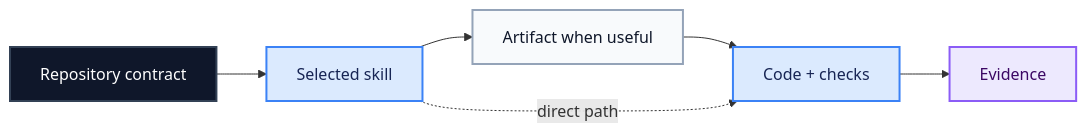
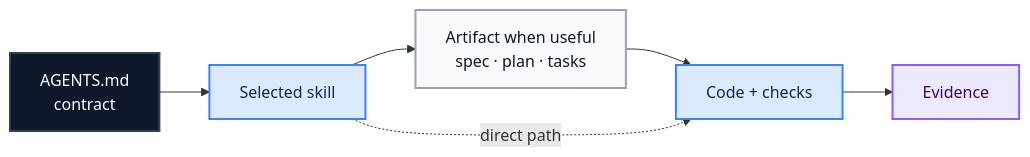
One commit to rmjosea/agentic-sdlc-kit changed the third of 5 diagrams in README.md. Above: the diagram before and after it, drawn with Mermaid. The commit also changed other lines of this file and 180 other files, not shown here.

````diff
--- a/README.md
+++ b/README.md
@@ -105,17 +198,17 @@
 ```mermaid
 flowchart LR
-    A["Repository contract"] --> B["Selected skill"]
-    B --> C["Artifact when useful"]
+    A["AGENTS.md<br/>contract"] --> B["Selected skill"]
+    B --> C["Artifact when useful<br/>spec · plan · tasks"]
     C --> D["Code + checks"]
     B -. "direct path" .-> D
     D --> E["Evidence"]
 
     classDef contract fill:#0f172a,color:#ffffff,stroke:#334155,stroke-width:2px;
     classDef procedure fill:#dbeafe,color:#172554,stroke:#3b82f6,stroke-width:2px;
     classDef artifact fill:#f8fafc,color:#0f172a,stroke:#94a3b8,stroke-width:2px;
     classDef proof fill:#ede9fe,color:#3b0764,stroke:#8b5cf6,stroke-width:2px;
     class A contract;
     class B,D procedure;
     class C artifact;
     class E proof;
 ```
````
